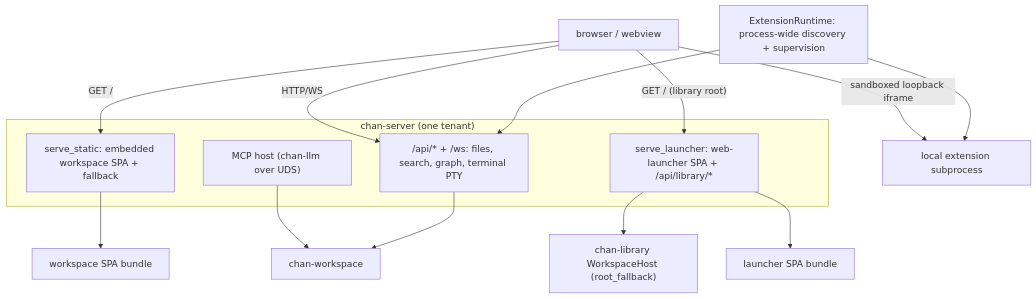
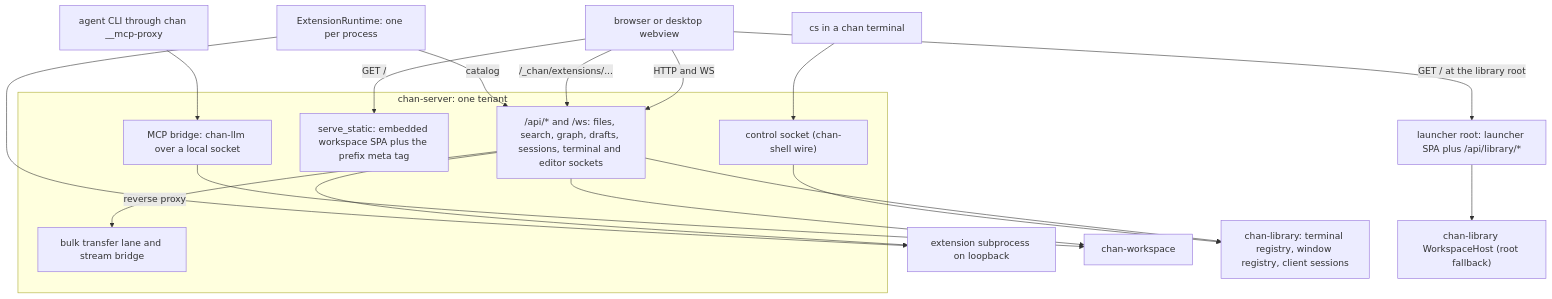
One commit to fiorix/chan changed the first of 3 diagrams in crates/chan-server/design.md. Above: the diagram before and after it, drawn with Mermaid. The commit also changed other lines of this file and 10 other files, not shown here.

````diff
--- a/crates/chan-server/design.md
+++ b/crates/chan-server/design.md
@@ -65,20 +9,34 @@
 ```mermaid
 flowchart TB
-  subgraph chan-server["chan-server (one tenant)"]
-    API["/api/* + /ws: files, search, graph, terminal PTY"]
-    Static["serve_static: embedded workspace SPA + fallback"]
-    Launcher["serve_launcher: web-launcher SPA + /api/library/*"]
-    MCPsvc["MCP host (chan-llm over UDS)"]
+  Client["browser or desktop webview"]
+  CS["cs in a chan terminal"]
+  Agent["agent CLI through chan __mcp-proxy"]
+  subgraph Tenant["chan-server: one tenant"]
+    API["/api/* and /ws: files, search, graph, drafts, sessions, terminal and editor sockets"]
+    Static["serve_static: embedded workspace SPA plus the prefix meta tag"]
+    Ctl["control socket (chan-shell wire)"]
+    MCP["MCP bridge: chan-llm over a local socket"]
+    Lane["bulk transfer lane and stream bridge"]
   end
-  Extensions["ExtensionRuntime: process-wide discovery + supervision"] --> Child["local extension subprocess"]
-  Extensions --> API
-  API --> WS["chan-workspace"]
-  Launcher --> Host["chan-library WorkspaceHost (root_fallback)"]
-  MCPsvc --> WS
-  Static --> Bundle["workspace SPA bundle"]
-  Launcher --> LBundle["launcher SPA bundle"]
-  Client["browser / webview"] -->|HTTP/WS| API
-  Client -->|"sandboxed loopback iframe"| Child
-  Client -->|GET /| Static
-  Client -->|"GET / (library root)"| Launcher
+  Launcher["launcher root: launcher SPA plus /api/library/*"]
+  Ext["ExtensionRuntime: one per process"]
+  Child["extension subprocess on loopback"]
+  Core["chan-workspace"]
+  Lib["chan-library: terminal registry, window registry, client sessions"]
+  Host["chan-library WorkspaceHost (root fallback)"]
+  Client -->|"HTTP and WS"| API
+  Client -->|"GET /"| Static
+  Client -->|"GET / at the library root"| Launcher
+  Client -->|"/_chan/extensions/..."| API
+  API -->|"reverse proxy"| Child
+  Ext --> Child
+  Ext -->|"catalog"| API
+  CS --> Ctl
+  Agent --> MCP
+  API --> Core
+  API --> Lane
+  MCP --> Core
+  API --> Lib
+  Ctl --> Lib
+  Launcher --> Host
 ```
````
